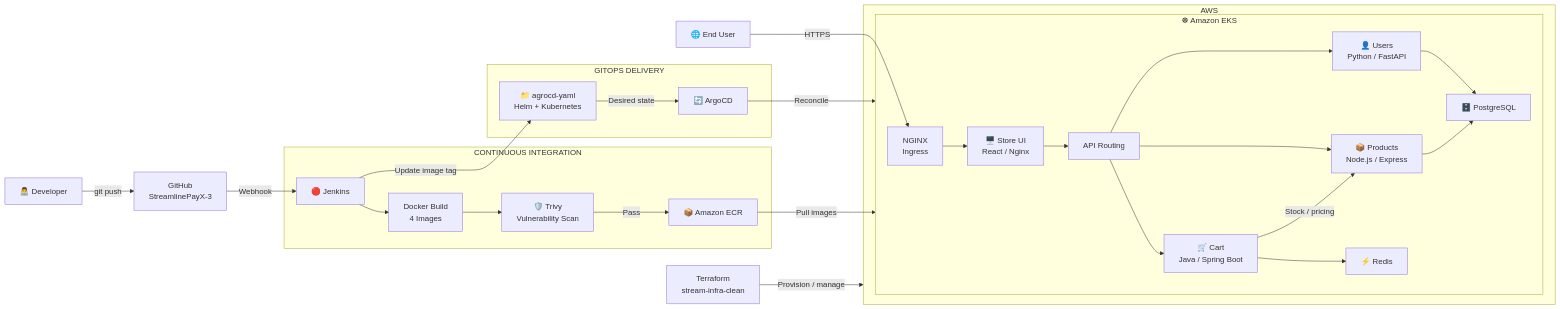
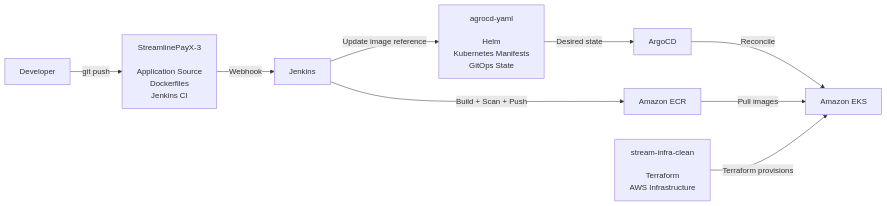
One commit to maxiemoses-eu/StreamlinePayX-3 changed the first of 2 diagrams in README.md. Above: the diagram before and after it, drawn with Mermaid. The commit also changed other lines of this file, not shown here.

````diff
--- a/README.md
+++ b/README.md
@@ -23,109 +13,35 @@
 ```mermaid
 flowchart LR
 
-    %% =========================
-    %% SOURCE
-    %% =========================
+    DEV["Developer"]
 
-    Dev["👨‍💻 Developer"]
+    APP["StreamlinePayX-3<br/><br/>Application Source<br/>Dockerfiles<br/>Jenkins CI"]
 
-    GitHub["GitHub<br/>StreamlinePayX-3"]
+    INFRA["stream-infra-clean<br/><br/>Terraform<br/>AWS Infrastructure"]
 
-    Dev -->|"git push"| GitHub
+    GITOPS["agrocd-yaml<br/><br/>Helm<br/>Kubernetes Manifests<br/>GitOps State"]
 
-    %% =========================
-    %% CI
-    %% =========================
+    JENKINS["Jenkins"]
 
-    subgraph CI["CONTINUOUS INTEGRATION"]
+    ECR["Amazon ECR"]
 
-        Jenkins["🔴 Jenkins"]
+    ARGO["ArgoCD"]
 
-        Build["Docker Build<br/>4 Images"]
+    EKS["Amazon EKS"]
 
-        Scan["🛡️ Trivy<br/>Vulnerability Scan"]
+    DEV -->|"git push"| APP
 
-        Registry["📦 Amazon ECR"]
+    APP -->|"Webhook"| JENKINS
 
-        Jenkins --> Build
-        Build --> Scan
-        Scan -->|"Pass"| Registry
+    JENKINS -->|"Build + Scan + Push"| ECR
 
-    end
+    JENKINS -->|"Update image reference"| GITOPS
 
-    GitHub -->|"Webhook"| Jenkins
+    GITOPS -->|"Desired state"| ARGO
 
-    %% =========================
-    %% GITOPS
-    %% =========================
+    ARGO -->|"Reconcile"| EKS
 
-    subgraph GitOps["GITOPS DELIVERY"]
+    ECR -->|"Pull images"| EKS
 
-        Repo["📁 agrocd-yaml<br/>Helm + Kubernetes"]
-
-        Argo["🔄 ArgoCD"]
-
-        Jenkins -->|"Update image tag"| Repo
-        Repo -->|"Desired state"| Argo
-
-    end
-
-    %% =========================
-    %% AWS
-    %% =========================
-
-    subgraph AWS["AWS"]
-
-        subgraph EKS["☸ Amazon EKS"]
-
-            Ingress["NGINX<br/>Ingress"]
-
-            UI["🖥️ Store UI<br/>React / Nginx"]
-
-            API["API Routing"]
-
-            Users["👤 Users<br/>Python / FastAPI"]
-
-            Cart["🛒 Cart<br/>Java / Spring Boot"]
-
-            Products["📦 Products<br/>Node.js / Express"]
-
-            DB["🗄️ PostgreSQL"]
-
-            Cache["⚡ Redis"]
-
-            Ingress --> UI
-            UI --> API
-
-            API --> Users
-            API --> Cart
-            API --> Products
-
-            Users --> DB
-            Products --> DB
-            Cart --> Cache
-            Cart -->|"Stock / pricing"| Products
-
-        end
-
-    end
-
-    Argo -->|"Reconcile"| EKS
-    Registry -->|"Pull images"| EKS
-
-    %% =========================
-    %% INFRASTRUCTURE
-    %% =========================
-
-    Terraform["Terraform<br/>stream-infra-clean"]
-
-    Terraform -->|"Provision / manage"| AWS
-
-    %% =========================
-    %% USER TRAFFIC
-    %% =========================
-
-    Browser["🌐 End User"]
-
-    Browser -->|"HTTPS"| Ingress
+    INFRA -->|"Terraform provisions"| EKS
 ```
````
